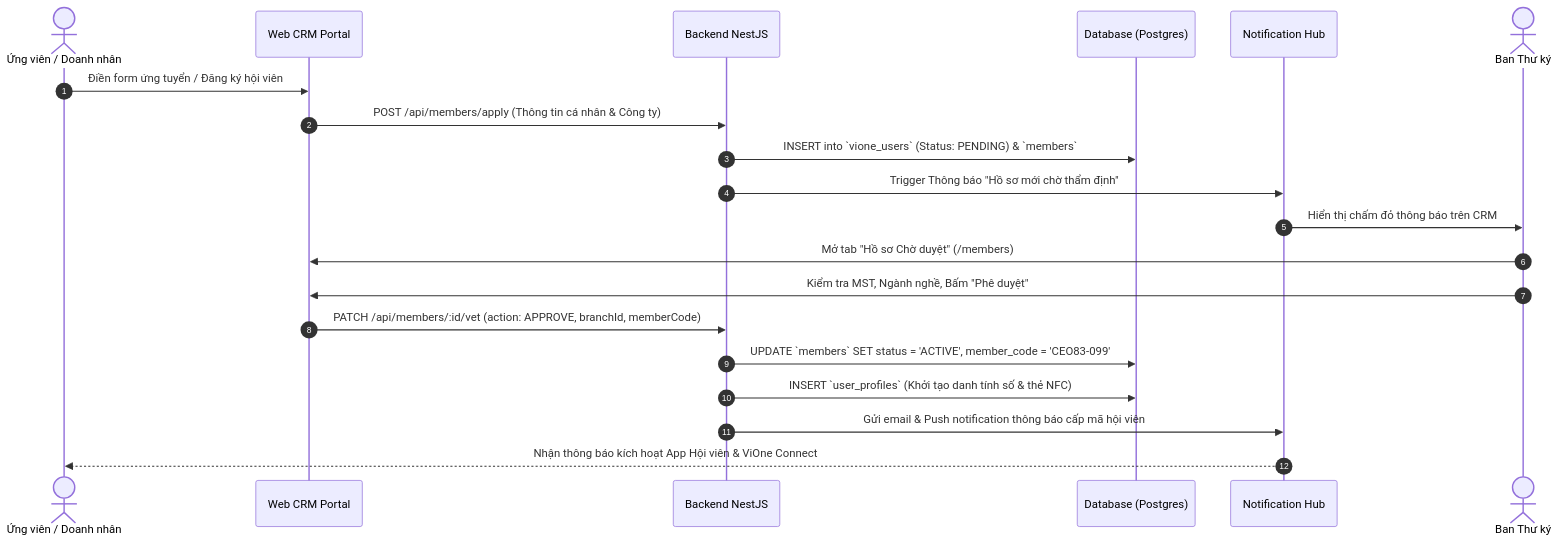
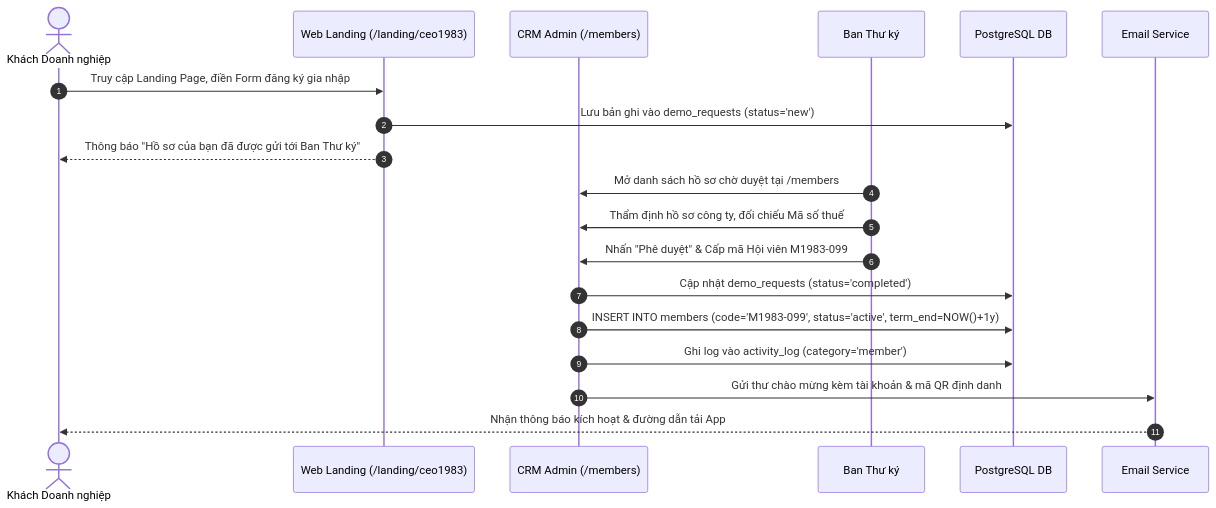
One commit to viconnect-product-team/vione_app changed the first of 4 diagrams in document/VIONE_USER_AND_ADMIN_MANUAL.md. Above: the diagram before and after it, drawn with Mermaid. The commit also changed other lines of this file and 152 other files, not shown here.

````diff
--- a/document/VIONE_USER_AND_ADMIN_MANUAL.md
+++ b/document/VIONE_USER_AND_ADMIN_MANUAL.md
@@ -197,23 +146,22 @@
 ```mermaid
 sequenceDiagram
     autonumber
-    actor Candidate as Ứng viên / Doanh nhân
-    participant CRM as Web CRM Portal
-    participant BE as Backend NestJS
-    participant DB as Database (Postgres)
-    participant Notif as Notification Hub
-    actor Secretary as Ban Thư ký
+    actor Guest as Khách Doanh nghiệp
+    participant Web as Web Landing (/landing/ceo1983)
+    participant CRM as CRM Admin (/members)
+    participant Sec as Ban Thư ký
+    participant DB as PostgreSQL DB
+    participant Mail as Email Service
 
-    Candidate->>CRM: Điền form ứng tuyển / Đăng ký hội viên
-    CRM->>BE: POST /api/members/apply (Thông tin cá nhân & Công ty)
-    BE->>DB: INSERT into `vione_users` (Status: PENDING) & `members`
-    BE->>Notif: Trigger Thông báo "Hồ sơ mới chờ thẩm định"
-    Notif->>Secretary: Hiển thị chấm đỏ thông báo trên CRM
-    Secretary->>CRM: Mở tab "Hồ sơ Chờ duyệt" (/members)
-    Secretary->>CRM: Kiểm tra MST, Ngành nghề, Bấm "Phê duyệt"
-    CRM->>BE: PATCH /api/members/:id/vet (action: APPROVE, branchId, memberCode)
-    BE->>DB: UPDATE `members` SET status = 'ACTIVE', member_code = 'CEO83-099'
-    BE->>DB: INSERT `user_profiles` (Khởi tạo danh tính số & thẻ NFC)
-    BE->>Notif: Gửi email & Push notification thông báo cấp mã hội viên
-    Notif-->>Candidate: Nhận thông báo kích hoạt App Hội viên & ViOne Connect
+    Guest->>Web: Truy cập Landing Page, điền Form đăng ký gia nhập
+    Web->>DB: Lưu bản ghi vào demo_requests (status='new')
+    Web-->>Guest: Thông báo "Hồ sơ của bạn đã được gửi tới Ban Thư ký"
+    Sec->>CRM: Mở danh sách hồ sơ chờ duyệt tại /members
+    Sec->>CRM: Thẩm định hồ sơ công ty, đối chiếu Mã số thuế
+    Sec->>CRM: Nhấn "Phê duyệt" & Cấp mã Hội viên M1983-099
+    CRM->>DB: Cập nhật demo_requests (status='completed')
+    CRM->>DB: INSERT INTO members (code='M1983-099', status='active', term_end=NOW()+1y)
+    CRM->>DB: Ghi log vào activity_log (category='member')
+    CRM->>Mail: Gửi thư chào mừng kèm tài khoản & mã QR định danh
+    Mail-->>Guest: Nhận thông báo kích hoạt & đường dẫn tải App
 ```
````
